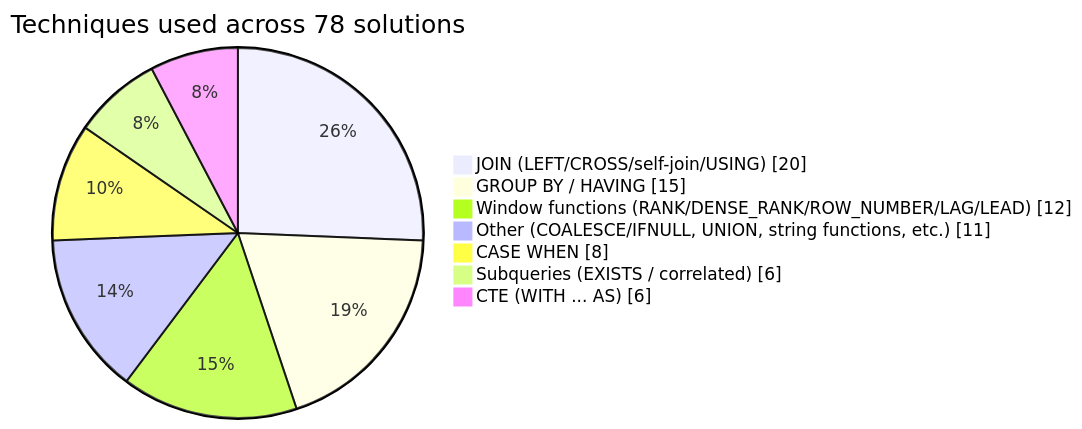
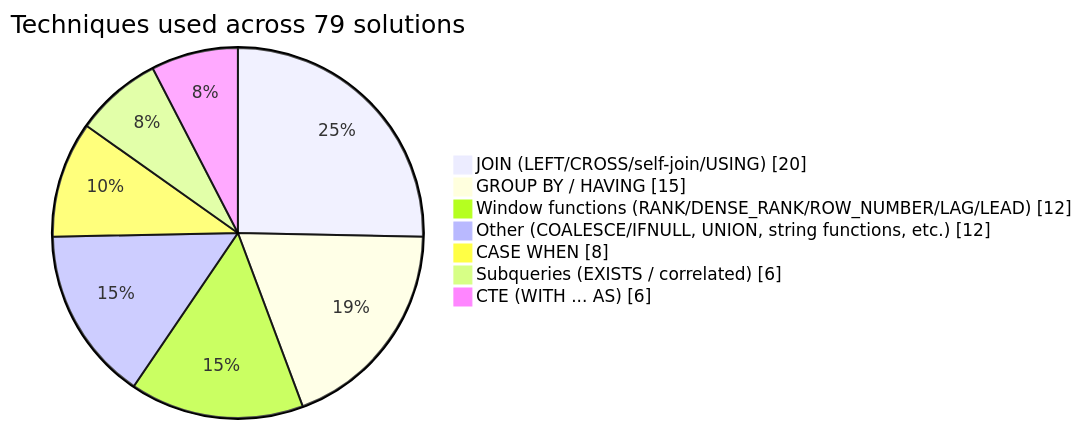
The diagram in README.md (ruhlanrzayev/LeetCode_SQL_Problems), drawn with Mermaid before and after one commit. The commit also changed other lines of this file, not shown here.

Commit message:
chore: auto-update technique breakdown chart

````diff
--- a/README.md
+++ b/README.md
@@ -11,11 +11,11 @@
 ```mermaid
 pie showData
-    title Techniques used across 78 solutions
+    title Techniques used across 79 solutions
     "JOIN (LEFT/CROSS/self-join/USING)" : 20
     "GROUP BY / HAVING" : 15
     "Window functions (RANK/DENSE_RANK/ROW_NUMBER/LAG/LEAD)" : 12
-    "Other (COALESCE/IFNULL, UNION, string functions, etc.)" : 11
+    "Other (COALESCE/IFNULL, UNION, string functions, etc.)" : 12
     "CASE WHEN" : 8
     "Subqueries (EXISTS / correlated)" : 6
     "CTE (WITH ... AS)" : 6
 ```
````
